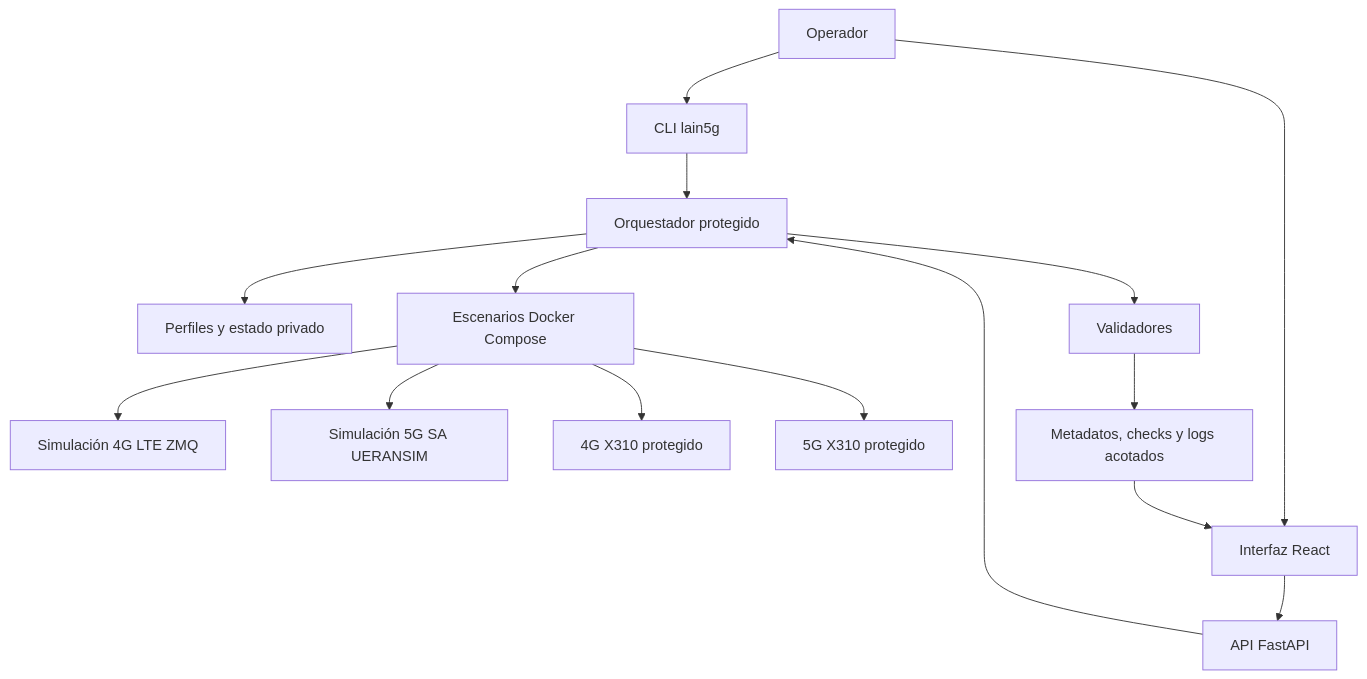
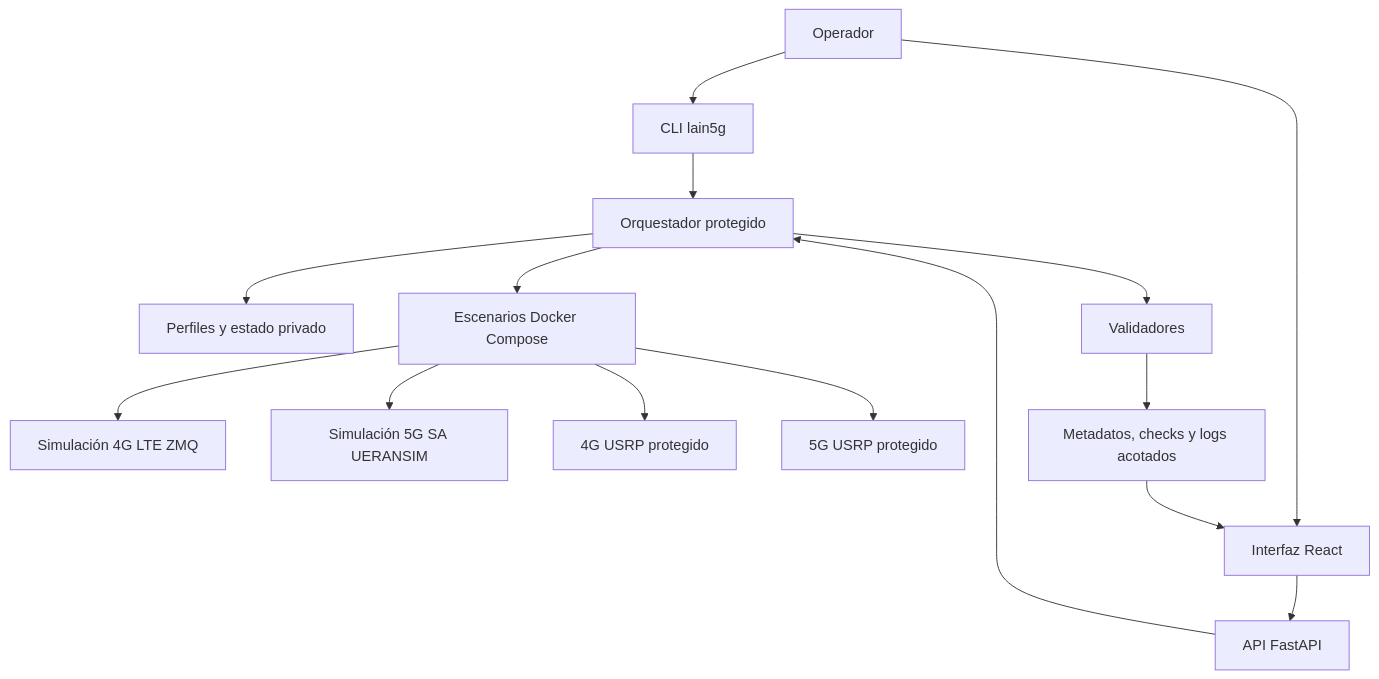
The second of 2 diagrams in README.es.md (guallycanazas/Lain5G), drawn with Mermaid before and after one commit. The commit also changed other lines of this file and 6 other files, not shown here.

````diff
--- a/README.es.md
+++ b/README.es.md
@@ -153,17 +153,17 @@
 ```mermaid
 flowchart TB
     U[Operador] --> CLI[CLI lain5g]
     U --> UI[Interfaz React]
     UI --> API[API FastAPI]
     CLI --> O[Orquestador protegido]
     API --> O
     O --> P[Perfiles y estado privado]
     O --> C[Escenarios Docker Compose]
     C --> S4[Simulación 4G LTE ZMQ]
     C --> S5[Simulación 5G SA UERANSIM]
-    C --> R4[4G X310 protegido]
-    C --> R5[5G X310 protegido]
+    C --> R4[4G USRP protegido]
+    C --> R5[5G USRP protegido]
     O --> V[Validadores]
     V --> RUNS[Metadatos, checks y logs acotados]
     RUNS --> UI
 ```
````
